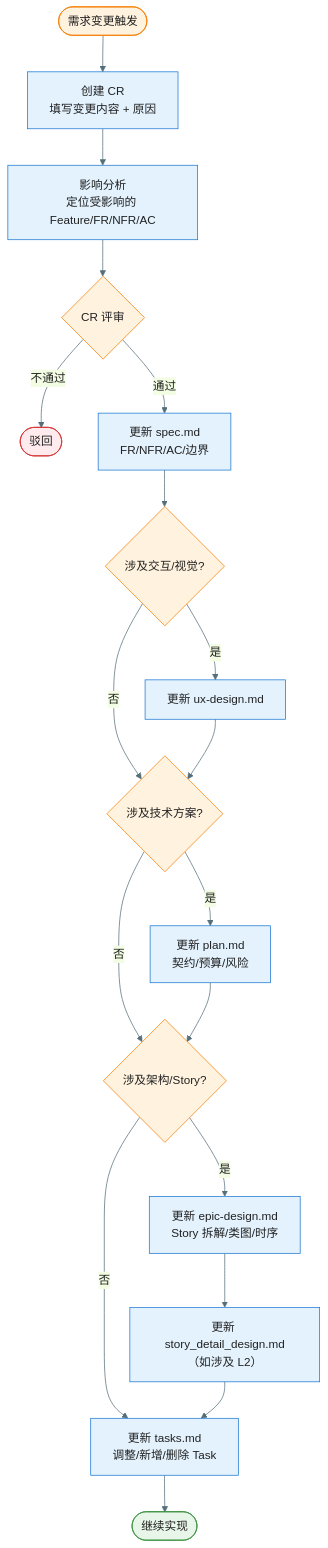
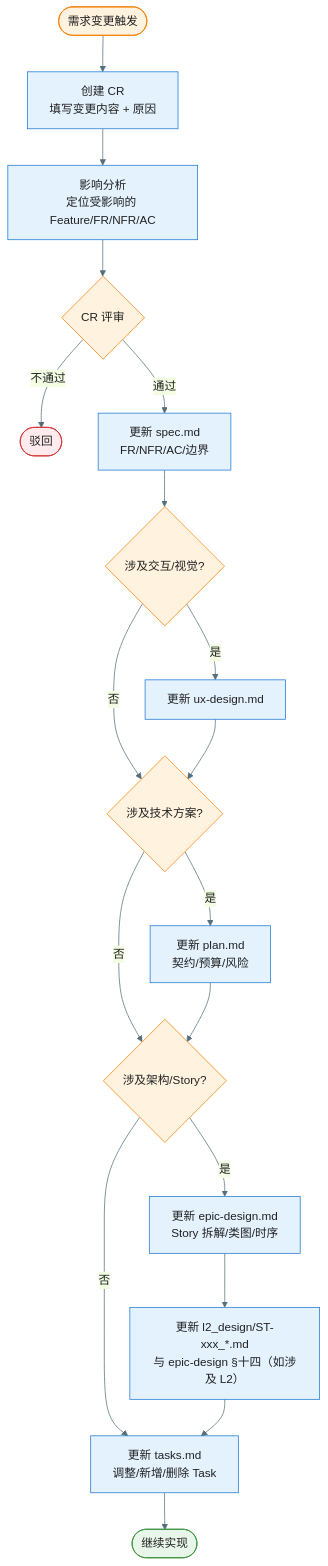
Before and after one commit to jackykarma/Verity: the fourth of 8 diagrams in docs/workflow-overview.md, drawn with Mermaid. The commit also changed other lines of this file and 41 other files, not shown here.

First line of the commit message:
docs 📝(AISDD): L2 详细设计按 Story 分文件至 l2_design

````diff
--- a/docs/workflow-overview.md
+++ b/docs/workflow-overview.md
@@ -239,29 +239,29 @@
 ```mermaid
 %%{init: {'theme': 'base', 'themeVariables': { 'primaryColor': '#E3F2FD', 'primaryTextColor': '#212121', 'primaryBorderColor': '#1976D2', 'lineColor': '#546E7A'}}}%%
 flowchart TD
     Trigger([需求变更触发]) --> CreateCR["创建 CR<br/>填写变更内容 + 原因"]
     CreateCR --> Impact["影响分析<br/>定位受影响的 Feature/FR/NFR/AC"]
     Impact --> Review{CR 评审}
     Review -->|不通过| Reject([驳回])
     Review -->|通过| UpdateSpec["更新 spec.md<br/>FR/NFR/AC/边界"]
     UpdateSpec --> CheckUX{涉及交互/视觉?}
     CheckUX -->|是| UpdateUX["更新 ux-design.md"]
     CheckUX -->|否| CheckPlan{涉及技术方案?}
     UpdateUX --> CheckPlan
     CheckPlan -->|是| UpdatePlan["更新 plan.md<br/>契约/预算/风险"]
     CheckPlan -->|否| CheckDesign{涉及架构/Story?}
     UpdatePlan --> CheckDesign
     CheckDesign -->|是| UpdateDesign["更新 epic-design.md<br/>Story 拆解/类图/时序"]
     CheckDesign -->|否| UpdateTasks["更新 tasks.md<br/>调整/新增/删除 Task"]
-    UpdateDesign --> UpdateL2["更新 story_detail_design.md<br/>（如涉及 L2）"]
+    UpdateDesign --> UpdateL2["更新 l2_design/ST-xxx_*.md<br/>与 epic-design §十四（如涉及 L2）"]
     UpdateL2 --> UpdateTasks
     UpdateTasks --> Continue([继续实现])
 
     style Trigger fill:#FFF3E0,stroke:#F57C00
     style Reject fill:#FFEBEE,stroke:#D32F2F
     style Continue fill:#E8F5E9,stroke:#388E3C
     style Review fill:#FFF3E0,stroke:#F57C00
     style CheckUX fill:#FFF3E0,stroke:#F57C00
     style CheckPlan fill:#FFF3E0,stroke:#F57C00
     style CheckDesign fill:#FFF3E0,stroke:#F57C00
 ```
````
